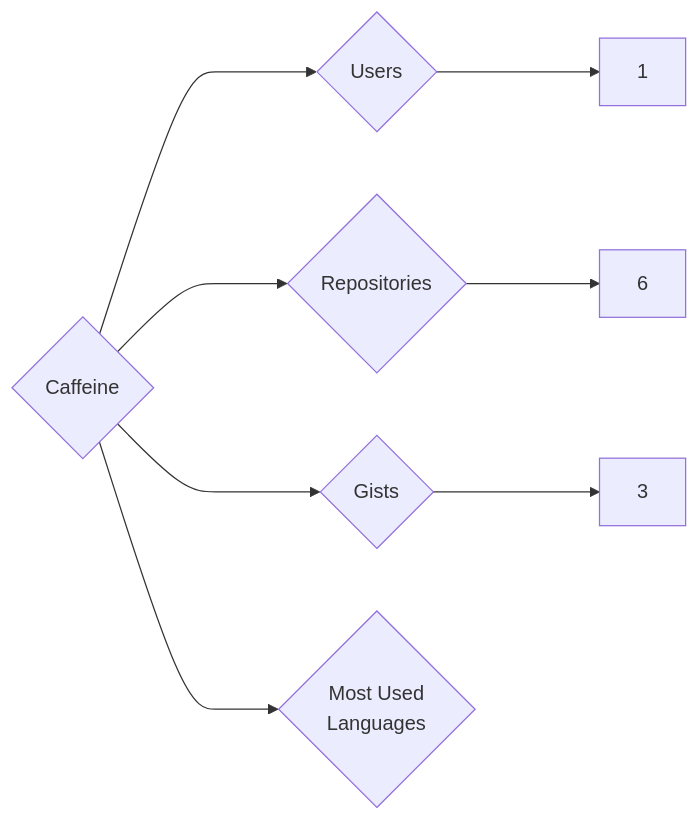
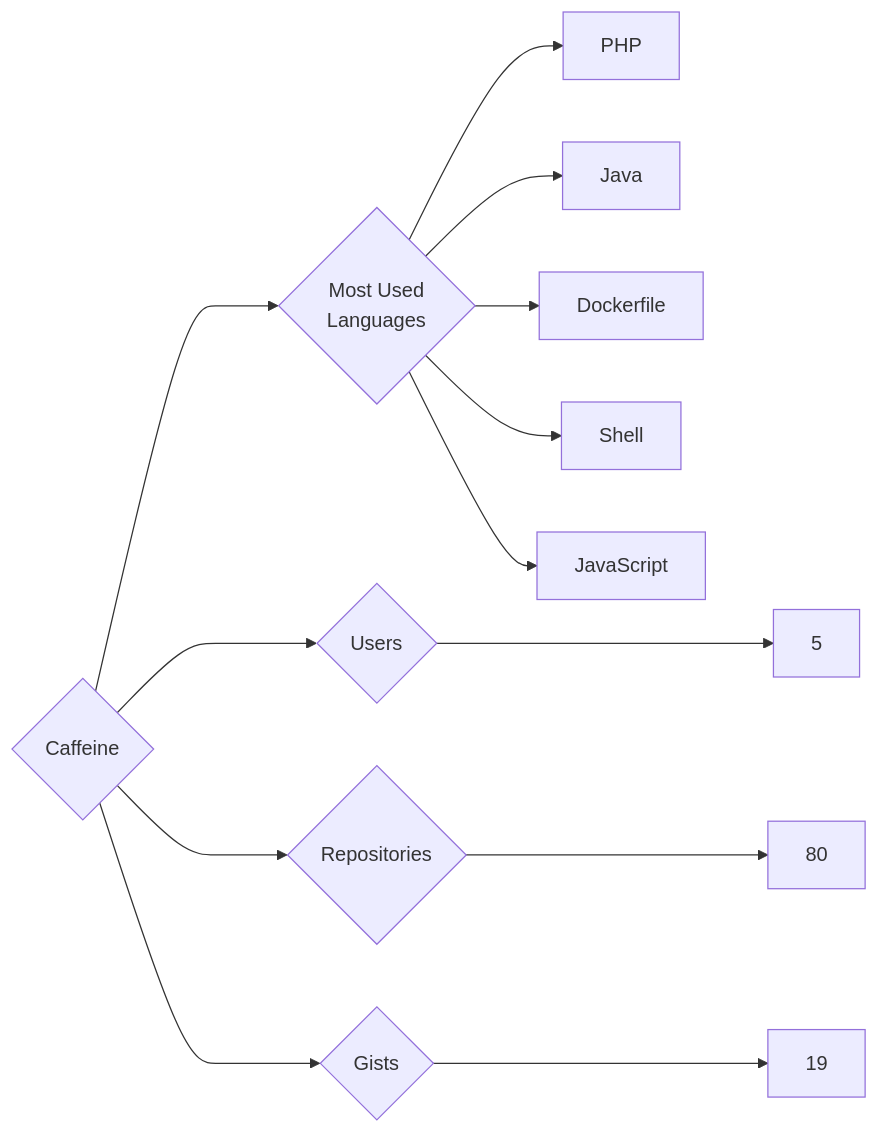
One commit to trickest/insiders changed the diagram in targets/Caffeine/README.md. Above: the diagram before and after it, drawn with Mermaid. The commit also changed 873 other files, not shown here.

````diff
--- a/targets/Caffeine/README.md
+++ b/targets/Caffeine/README.md
@@ -3,8 +3,13 @@
 ```mermaid
 graph LR
 COMPANY_NAME{Caffeine}
-COMPANY_NAME ---> U{Users} ---> UN[1]
-COMPANY_NAME ---> R{Repositories} ---> RN[6]
-COMPANY_NAME ---> G{Gists} ---> GN[3]
+COMPANY_NAME ---> U{Users} ---> UN[5]
+COMPANY_NAME ---> R{Repositories} ---> RN[80]
+COMPANY_NAME ---> G{Gists} ---> GN[19]
 COMPANY_NAME ---> ML{Most Used<br>Languages}
+ML --> PHP[PHP]
+ML --> Java[Java]
+ML --> Dockerfile[Dockerfile]
+ML --> Shell[Shell]
+ML --> JavaScript[JavaScript]
 ```
````
